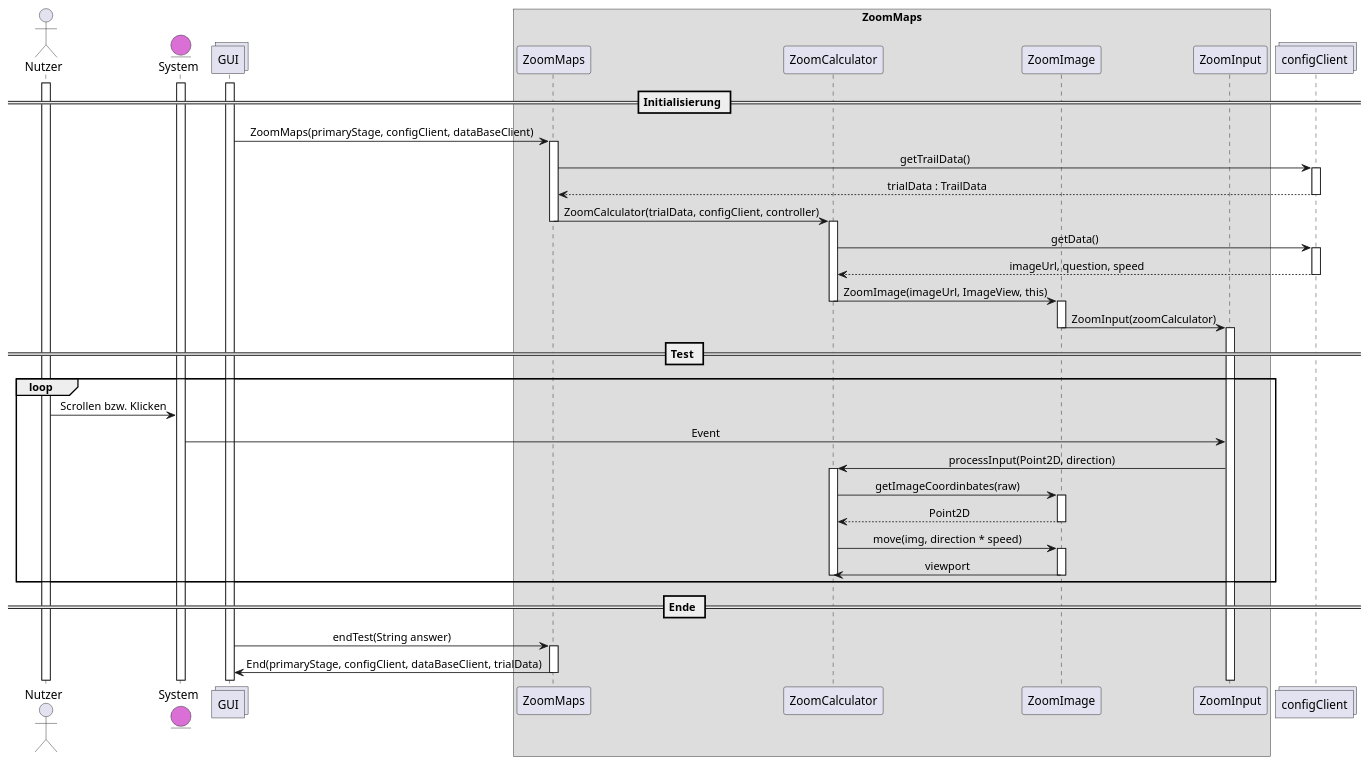
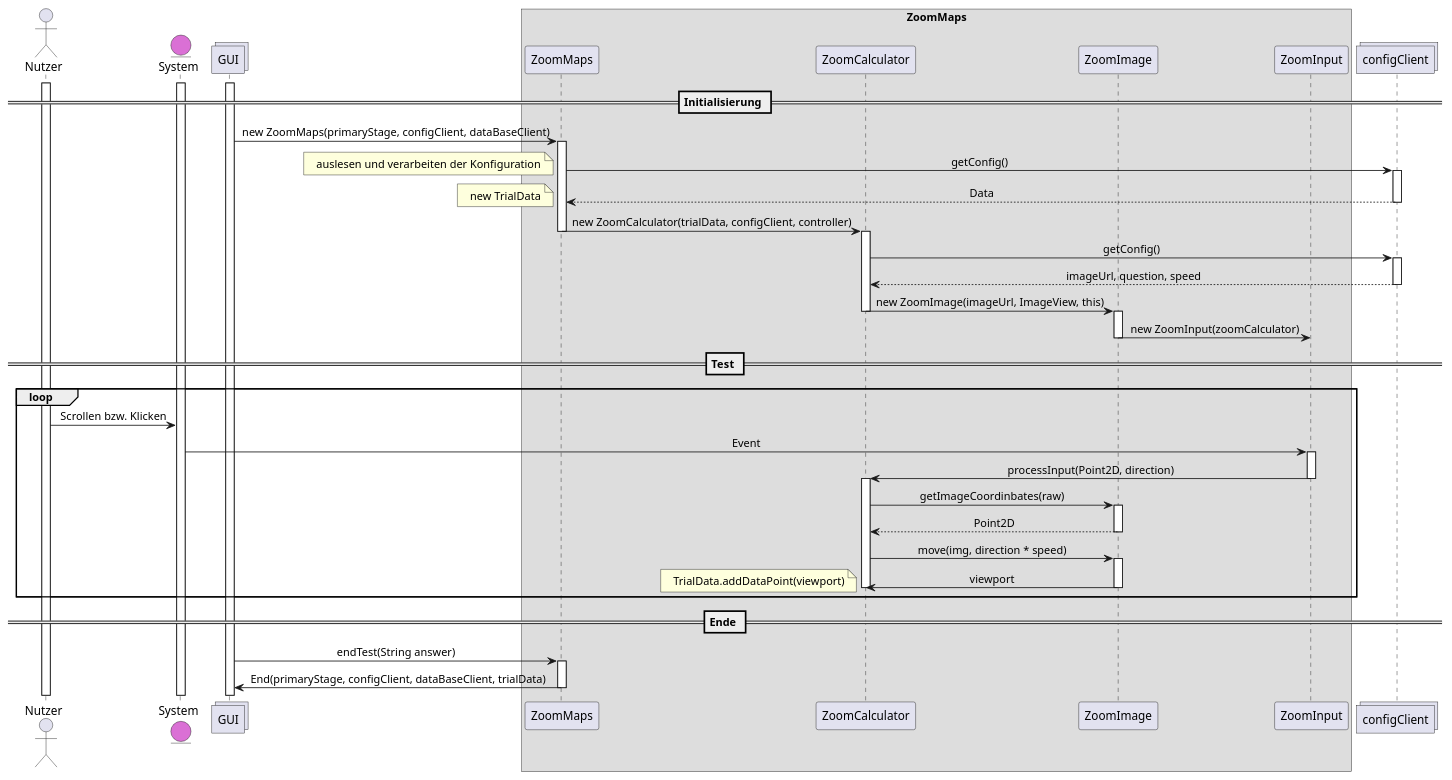
Before and after one commit to weichware-10/dokumente: the diagram in uml-sequence/zoommaps/sequenz-zoommaps.puml, drawn with PlantUML.

Commit message:
[fix]Zoommaps Update

```diff
--- a/uml-sequence/zoommaps/sequenz-zoommaps.puml
+++ b/uml-sequence/zoommaps/sequenz-zoommaps.puml
@@ -1,68 +1,72 @@
 @startuml zoommaps
 skinparam defaultTextAlignment center
 
 actor       Nutzer          as n
 entity      System          as s    #DA70D5
 collections GUI             as g
 
 box ZoomMaps
 
 participant ZoomMaps        as zm
 participant ZoomCalculator  as zc
 participant ZoomImage       as zb
 participant ZoomInput       as zi
 end box
 
 collections configClient          as c
 
 activate n
 activate s
 activate g
 
 == Initialisierung ==
-g -> zm : ZoomMaps(primaryStage, configClient, dataBaseClient)
+g -> zm : new ZoomMaps(primaryStage, configClient, dataBaseClient)
 activate zm
-zm -> c : getTrailData()
+zm -> c : getConfig()
+note left: auslesen und verarbeiten der Konfiguration
 activate c
-c --> zm : trialData : TrailData
+c --> zm : Data
+note left : new TrialData
 deactivate c
 
-zm -> zc : ZoomCalculator(trialData, configClient, controller)
+zm -> zc : new ZoomCalculator(trialData, configClient, controller)
 deactivate zm
 activate zc
-zc -> c : getData()
+zc -> c : getConfig()
 activate c
 c --> zc : imageUrl, question, speed
 deactivate c
-zc -> zb : ZoomImage(imageUrl, ImageView, this)
+zc -> zb : new ZoomImage(imageUrl, ImageView, this)
 deactivate zc
 activate zb
-zb -> zi : ZoomInput(zoomCalculator)
+zb -> zi : new ZoomInput(zoomCalculator)
 deactivate zb
-activate zi
 
 == Test ==
 loop
     n -> s : Scrollen bzw. Klicken
     s -> zi : Event
+    activate zi
     zi -> zc : processInput(Point2D, direction)
+    deactivate zi
     activate zc
     zc -> zb : getImageCoordinbates(raw)
     activate zb
     zb --> zc : Point2D
     deactivate zb
     zc -> zb : move(img, direction * speed)
     activate zb
     zb -> zc : viewport
     deactivate zb
+    note left : TrialData.addDataPoint(viewport)
     deactivate zc
 
 end
 
 == Ende == 
 g -> zm : endTest(String answer)
 activate zm
 zm -> g : End(primaryStage, configClient, dataBaseClient, trialData)
 deactivate zm
 
 @enduml
```
